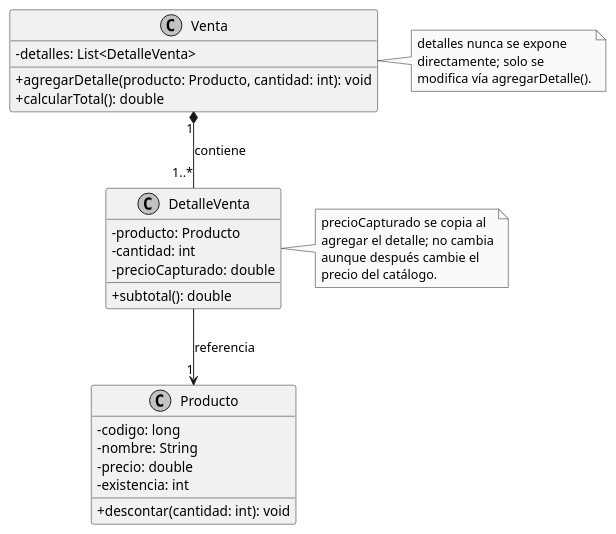
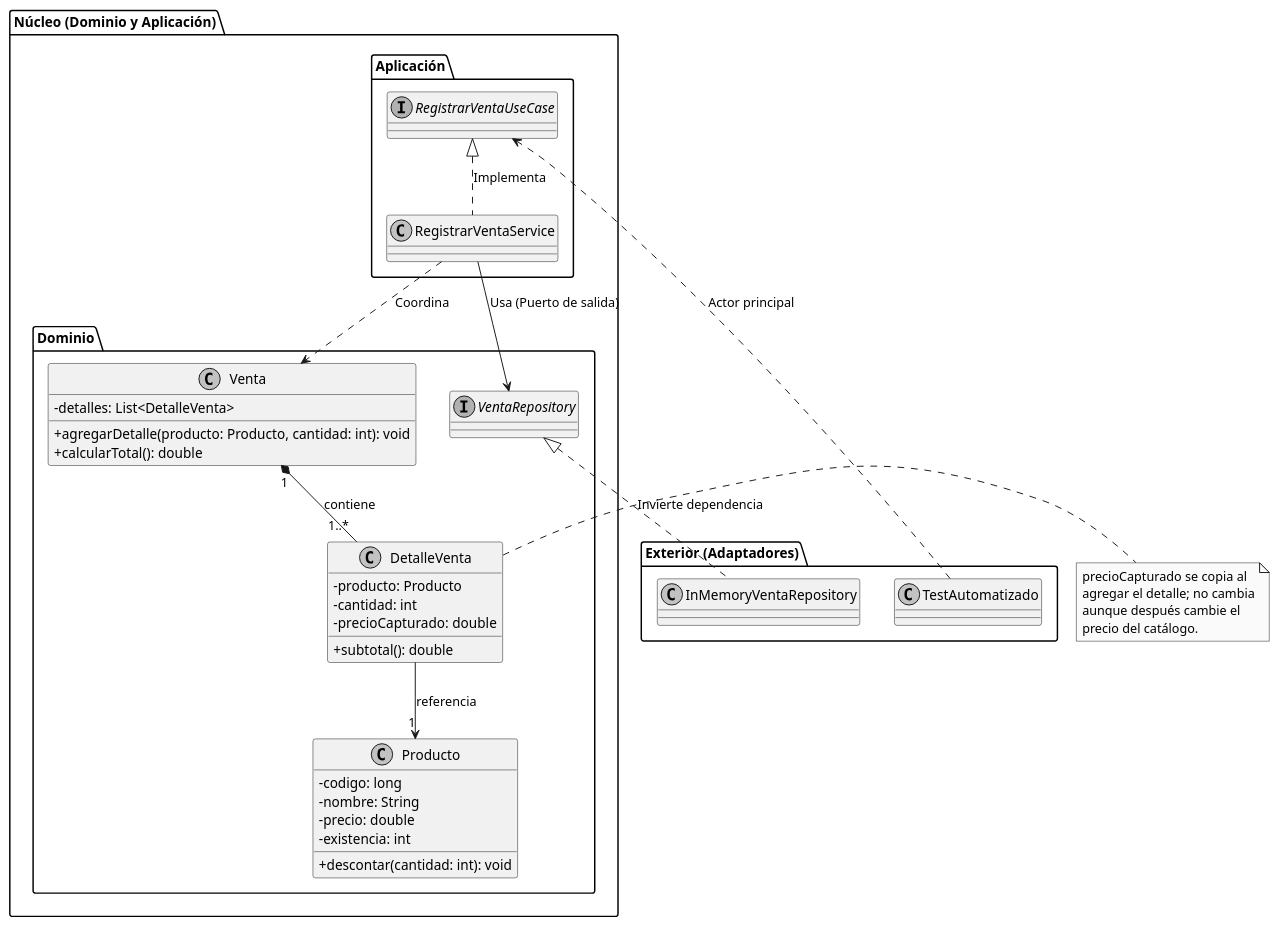
The diagram in diagrama_venta.puml (maurihm/flujo-colaborativo-ventas), drawn with PlantUML before and after one commit.

Commit message:
docs: integra modelo de dominio a estructura de arquitectura hexagonal (Issue #10)

```diff
--- a/diagrama_venta.puml
+++ b/diagrama_venta.puml
@@ -1,44 +1,63 @@
 @startuml diagrama_venta
 
 skinparam classAttributeIconSize 0
 skinparam monochrome true
 skinparam shadowing false
 
-class Producto {
-  -codigo: long
-  -nombre: String
-  -precio: double
-  -existencia: int
-  +descontar(cantidad: int): void
+package "Exterior (Adaptadores)" {
+    class InMemoryVentaRepository
+    class TestAutomatizado
 }
 
-class Venta {
-  -detalles: List<DetalleVenta>
-  +agregarDetalle(producto: Producto, cantidad: int): void
-  +calcularTotal(): double
+package "Núcleo (Dominio y Aplicación)" {
+    
+    package "Aplicación" {
+        interface RegistrarVentaUseCase
+        class RegistrarVentaService
+    }
+
+    package "Dominio" {
+        interface VentaRepository
+        
+        class Producto {
+          -codigo: long
+          -nombre: String
+          -precio: double
+          -existencia: int
+          +descontar(cantidad: int): void
+        }
+
+        class Venta {
+          -detalles: List<DetalleVenta>
+          +agregarDetalle(producto: Producto, cantidad: int): void
+          +calcularTotal(): double
+        }
+
+        class DetalleVenta {
+          -producto: Producto
+          -cantidad: int
+          -precioCapturado: double
+          +subtotal(): double
+        }
+    }
 }
 
-class DetalleVenta {
-  -producto: Producto
-  -cantidad: int
-  -precioCapturado: double
-  +subtotal(): double
-}
-
+' Relaciones del Dominio Original
 Venta "1" *-- "1..*" DetalleVenta : contiene
 DetalleVenta --> "1" Producto : referencia
+
+' Relaciones de Arquitectura Hexagonal
+TestAutomatizado ..> RegistrarVentaUseCase : "Actor principal"
+RegistrarVentaUseCase <|.. RegistrarVentaService : "Implementa"
+RegistrarVentaService ..> Venta : "Coordina"
+RegistrarVentaService --> VentaRepository : "Usa (Puerto de salida)"
+VentaRepository <|.. InMemoryVentaRepository : "Invierte dependencia"
 
 note right of DetalleVenta
   precioCapturado se copia al
   agregar el detalle; no cambia
   aunque después cambie el
   precio del catálogo.
 end note
 
-note right of Venta
-  detalles nunca se expone
-  directamente; solo se
-  modifica vía agregarDetalle().
-end note
-
 @enduml
```
